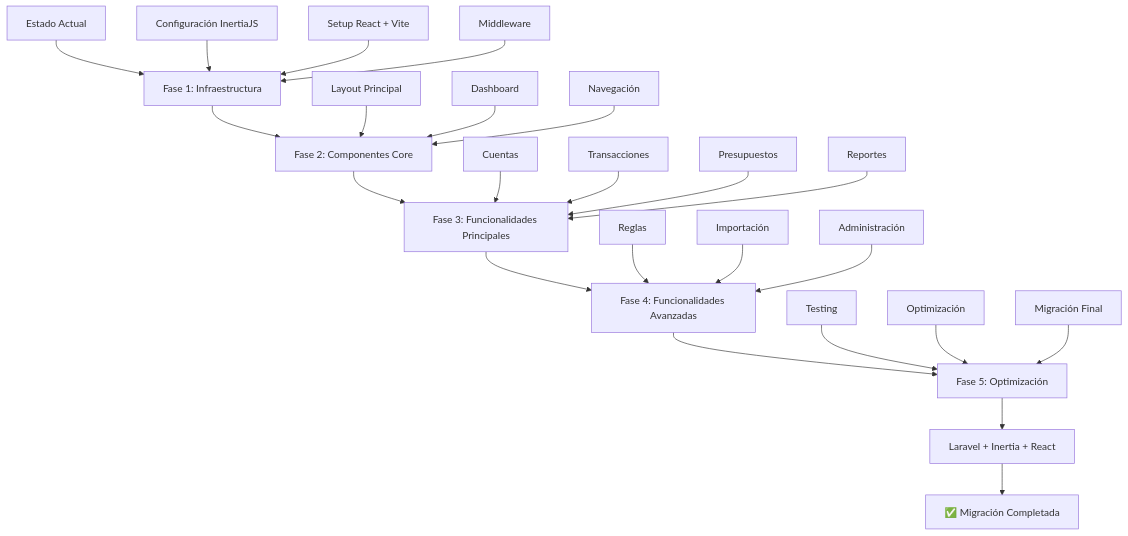
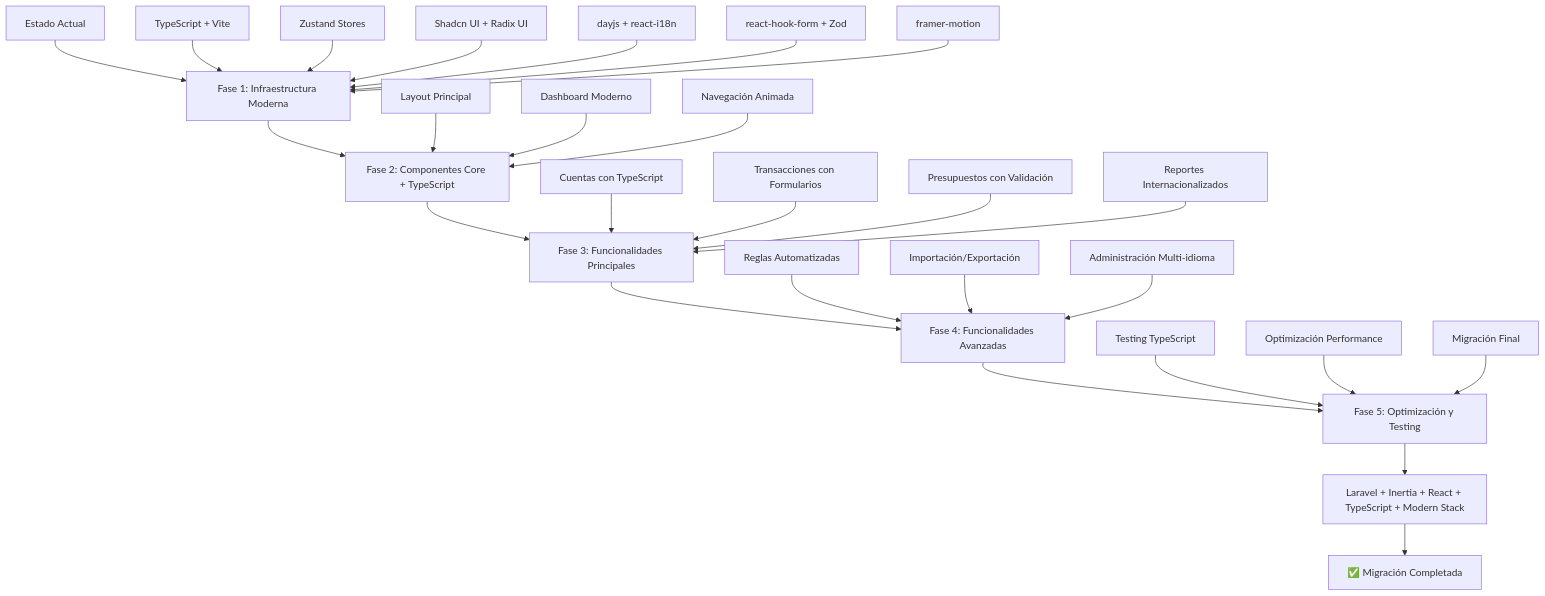
The diagram in MIGRATION_PLAN_LARAVEL_INERTIA_REACT.md (hu9osaez/firefly-iii), drawn with Mermaid before and after one commit. The commit also changed other lines of this file, not shown here.

First line of the commit message:
feat: enhance migration plan for Firefly III to include TypeScript and modern stack

````diff
--- a/MIGRATION_PLAN_LARAVEL_INERTIA_REACT.md
+++ b/MIGRATION_PLAN_LARAVEL_INERTIA_REACT.md
@@ -348,32 +1310,35 @@
 ```mermaid
 graph TD
-    A[Estado Actual] --> B[Fase 1: Infraestructura]
-    B --> C[Fase 2: Componentes Core]
+    A[Estado Actual] --> B[Fase 1: Infraestructura Moderna]
+    B --> C[Fase 2: Componentes Core + TypeScript]
     C --> D[Fase 3: Funcionalidades Principales]
     D --> E[Fase 4: Funcionalidades Avanzadas]
-    E --> F[Fase 5: Optimización]
+    E --> F[Fase 5: Optimización y Testing]
     F --> G[Estado Final]
 
-    B1[Configuración InertiaJS] --> B
-    B2[Setup React + Vite] --> B
-    B3[Middleware] --> B
+    B1[TypeScript + Vite] --> B
+    B2[Zustand Stores] --> B
+    B3[Shadcn UI + Radix UI] --> B
+    B4[dayjs + react-i18n] --> B
+    B5[react-hook-form + Zod] --> B
+    B6[framer-motion] --> B
 
     C1[Layout Principal] --> C
-    C2[Dashboard] --> C
-    C3[Navegación] --> C
+    C2[Dashboard Moderno] --> C
+    C3[Navegación Animada] --> C
 
-    D1[Cuentas] --> D
-    D2[Transacciones] --> D
-    D3[Presupuestos] --> D
-    D4[Reportes] --> D
+    D1[Cuentas con TypeScript] --> D
+    D2[Transacciones con Formularios] --> D
+    D3[Presupuestos con Validación] --> D
+    D4[Reportes Internacionalizados] --> D
 
-    E1[Reglas] --> E
-    E2[Importación] --> E
-    E3[Administración] --> E
+    E1[Reglas Automatizadas] --> E
+    E2[Importación/Exportación] --> E
+    E3[Administración Multi-idioma] --> E
 
-    F1[Testing] --> F
-    F2[Optimización] --> F
+    F1[Testing TypeScript] --> F
+    F2[Optimización Performance] --> F
     F3[Migración Final] --> F
 
-    G[Laravel + Inertia + React] --> H[✅ Migración Completada]
+    G[Laravel + Inertia + React + TypeScript + Modern Stack] --> H[✅ Migración Completada]
 ```
````
